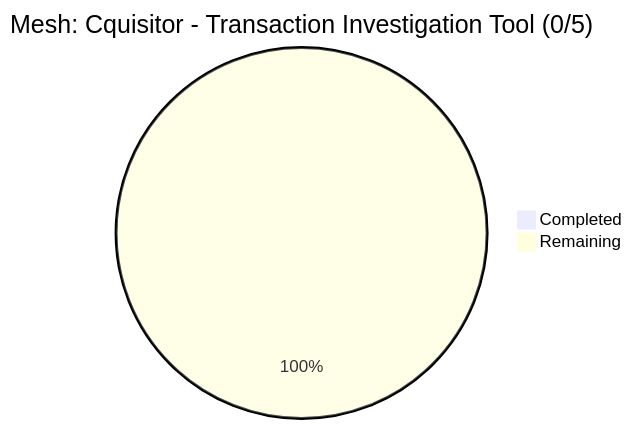
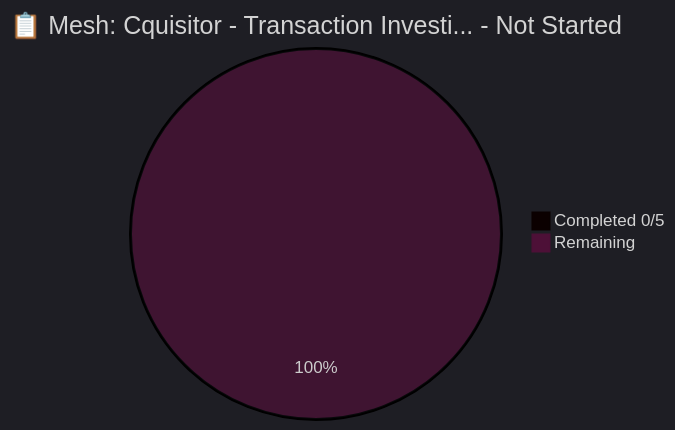
One commit to Andre-Diamond/test changed the seventh of 10 diagrams in README.md. Above: the diagram before and after it, drawn with Mermaid. The commit also changed other lines of this file, not shown here.

Commit message:
Update MeshJS Catalyst Projects README

````diff
--- a/README.md
+++ b/README.md
@@ -159,5 +209,7 @@
 ```mermaid
-pie title Mesh: Cquisitor - Transaction Investigation Tool (0/5)
-    "Completed" : 0
+%%{init: {'theme':'dark'}}%%
+pie
+    title 📋 Mesh: Cquisitor - Transaction Investi... - Not Started
+    "Completed 0/5" : 0
     "Remaining" : 5
 ```
````
